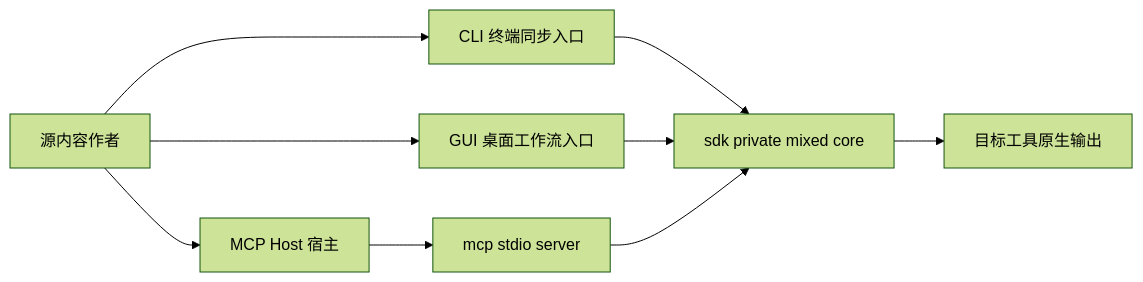
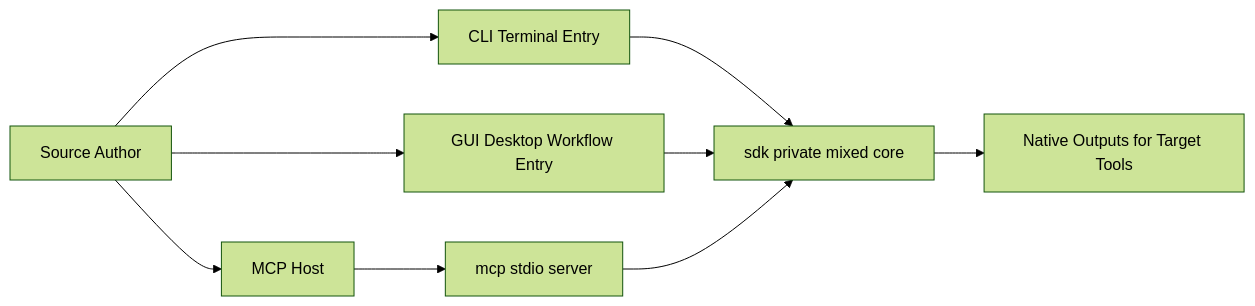
Before and after one commit to TrueNine/memory-sync: the diagram in doc/content/quick-guide/index.mdx, drawn with Mermaid (forest theme). The commit also changed other lines of this file and 47 other files, not shown here.

````diff
--- a/doc/content/quick-guide/index.mdx
+++ b/doc/content/quick-guide/index.mdx
@@ -18,11 +18,11 @@
 ```mermaid
 flowchart LR;
-  Author["源内容作者"] --> CLI["CLI 终端同步入口"];
-  Author --> GUI["GUI 桌面工作流入口"];
-  Author --> Host["MCP Host 宿主"];
+  Author["Source Author"] --> CLI["CLI Terminal Entry"];
+  Author --> GUI["GUI Desktop Workflow Entry"];
+  Author --> Host["MCP Host"];
   CLI --> SDK["sdk private mixed core"];
   GUI --> SDK;
   Host --> MCP["mcp stdio server"];
   MCP --> SDK;
-  SDK --> Outputs["目标工具原生输出"];
+  SDK --> Outputs["Native Outputs for Target Tools"];
 ```
````
